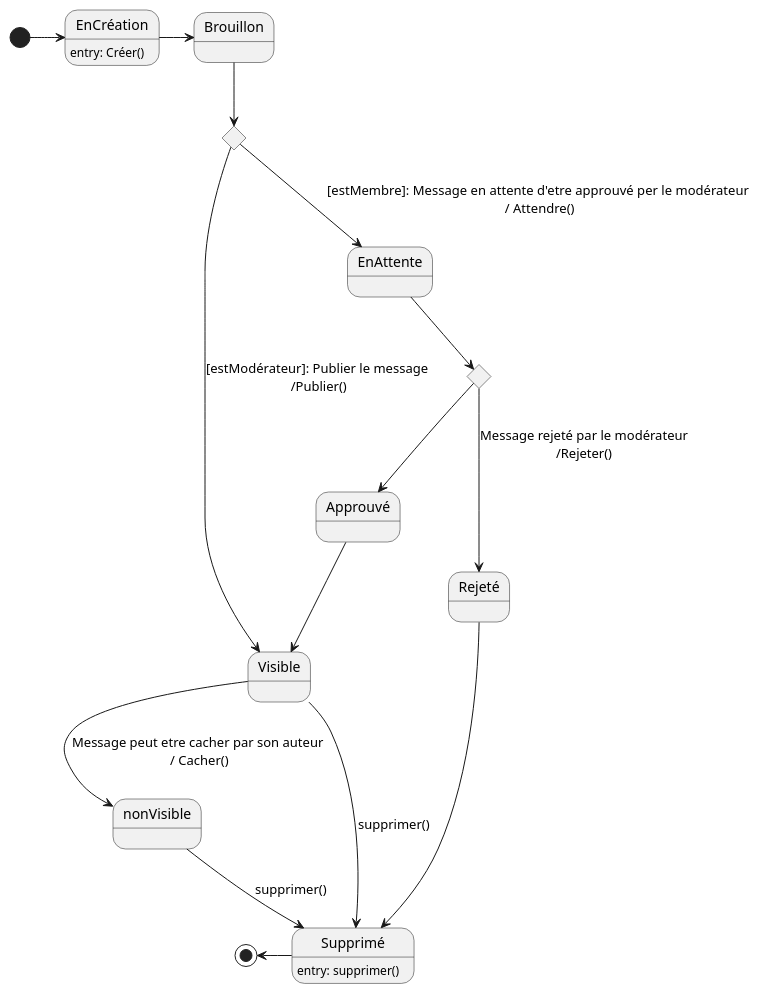
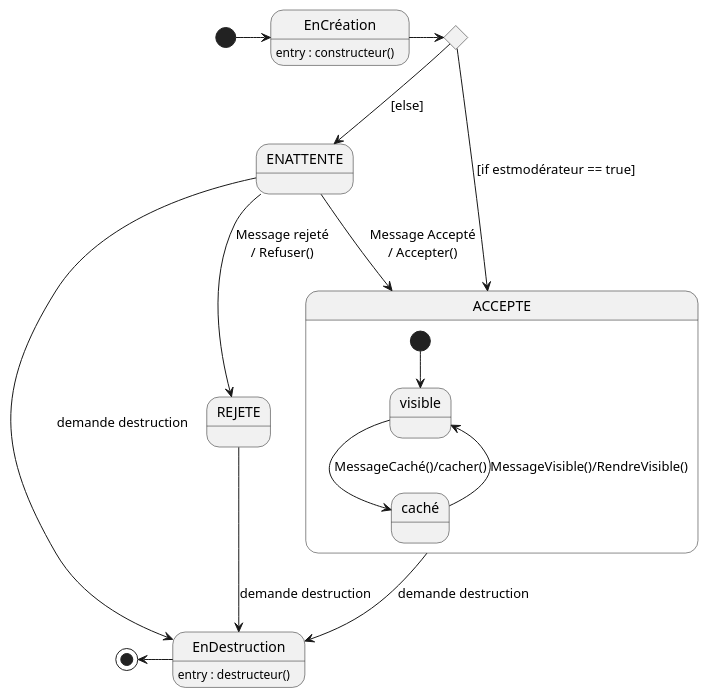
One commit to yesminete/MiniSocs changed the diagram in Diagrammes/minisocs_uml_diag_machine_a_etats_message.pu. Above: the diagram before and after it, drawn with PlantUML. The commit also changed other lines of this file and 7 other files, not shown here.

Commit message:
modification diagramme d'etat message + modification test unitaire message dans readme + ajout code class message et class etatmessage + code test unitaire + code test validation creer reseau social

```diff
--- a/Diagrammes/minisocs_uml_diag_machine_a_etats_message.pu
+++ b/Diagrammes/minisocs_uml_diag_machine_a_etats_message.pu
@@ -1,29 +1,31 @@
 @startuml
 
-'Diagramme de machine à états (PlantUML)
+'Diagramme de machine à états (PlantUML)'
 
 'Configuration charte graphique'
 
 'États et transitions'
-state EnCréation : entry: Créer()
-state Supprimé : entry: supprimer()
+state EnCréation : entry : constructeur()
+state EnDestruction : entry : destructeur()
+state "ENATTENTE" as ENATTENTE
+state "REJETE" as REJETE
+
+state ACCEPTE {
+    [*] --> visible
+    visible --> caché : MessageCaché()/cacher()
+    caché --> visible : MessageVisible()/RendreVisible()
+}
+state c <<choice>>
 
 [*] -right-> EnCréation
-EnCréation -right-> Brouillon
-state c <<choice>>
-Brouillon --> c
-c --> Visible :[estModérateur]: Publier le message \n/Publier()
-c --> EnAttente :[estMembre]: Message en attente d'etre approuvé per le modérateur \n/ Attendre()
-state a <<choice>>
-EnAttente --> a
-a --> Rejeté : Message rejeté par le modérateur\n/Rejeter()
-a --> Approuvé 
-Rejeté --> Supprimé
-Approuvé --> Visible 
-Visible --> nonVisible: Message peut etre cacher par son auteur \n/ Cacher()
-Visible --> Supprimé : supprimer()
-nonVisible --> Supprimé : supprimer()
-
-Supprimé-left->[*]
+EnCréation -right-> c
+c --> ACCEPTE : [if estmodérateur == true]
+c --> ENATTENTE : [else]
+ENATTENTE--> ACCEPTE : Message Accepté\n/ Accepter()
+ENATTENTE--> EnDestruction : demande destruction
+ENATTENTE--> REJETE : Message rejeté\n/ Refuser()
+ACCEPTE --> EnDestruction : demande destruction
+REJETE --> EnDestruction : demande destruction
+EnDestruction-left-> [*]
 
 @enduml
```
